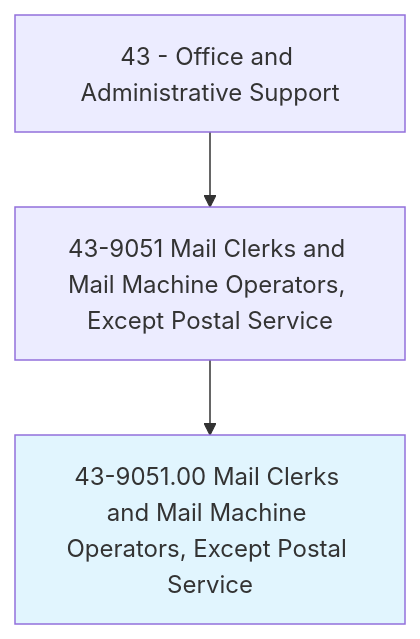
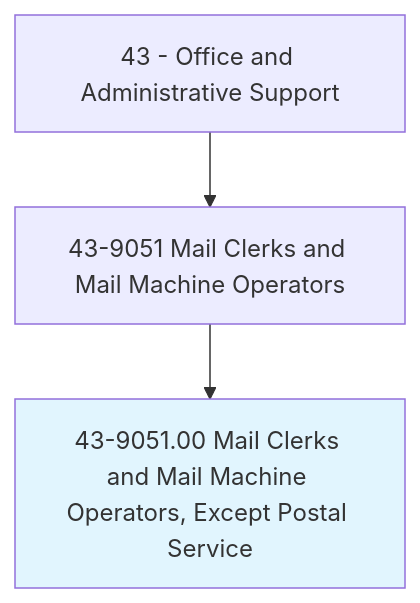
The first of 3 diagrams in occupations/Administrative/MailClerksAndMailMachineOperatorsExceptPostalService.mdx (kziemski/business.org.ai), drawn with Mermaid before and after one commit. The commit also changed other lines of this file and 938 other files, not shown here.

````diff
--- a/occupations/Administrative/MailClerksAndMailMachineOperatorsExceptPostalService.mdx
+++ b/occupations/Administrative/MailClerksAndMailMachineOperatorsExceptPostalService.mdx
@@ -19,6 +23,6 @@
 ```mermaid
 graph TD
-    Cat43["43 - Office and Administrative Support"] --> Group439051["43-9051 Mail Clerks and Mail Machine Operators, Except Postal Service"]
-    Group439051 --> Current["43-9051.00 Mail Clerks and Mail Machine Operators, Except Postal Service"]
+    Cat43["43 - Office and Administrative Support"] --> Group["43-9051 Mail Clerks and Mail Machine Operators"]
+    Group --> Current["43-9051.00 Mail Clerks and Mail Machine Operators, Except Postal Service"]
     style Current fill:#e1f5fe
 ```
````
